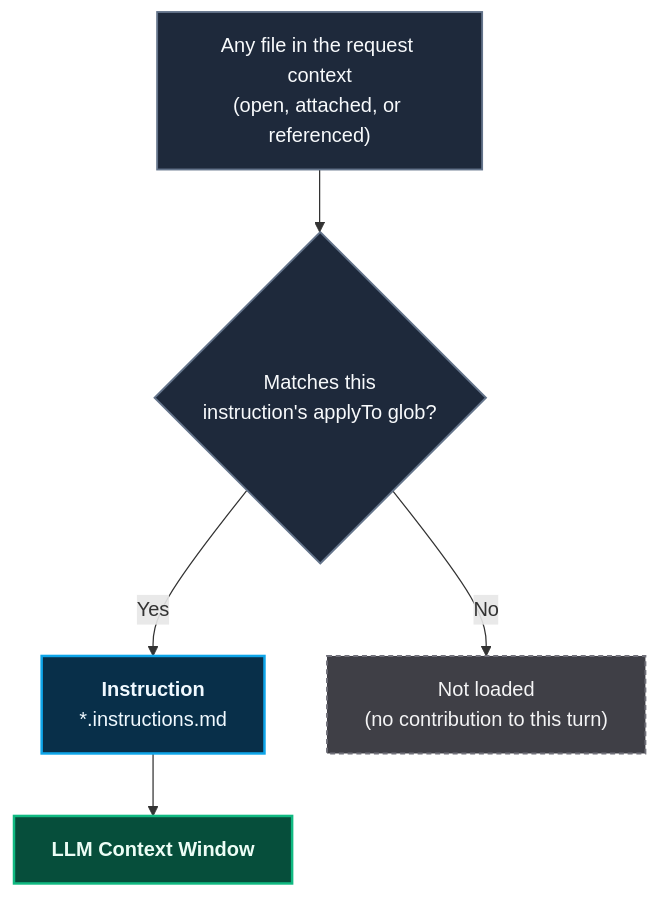
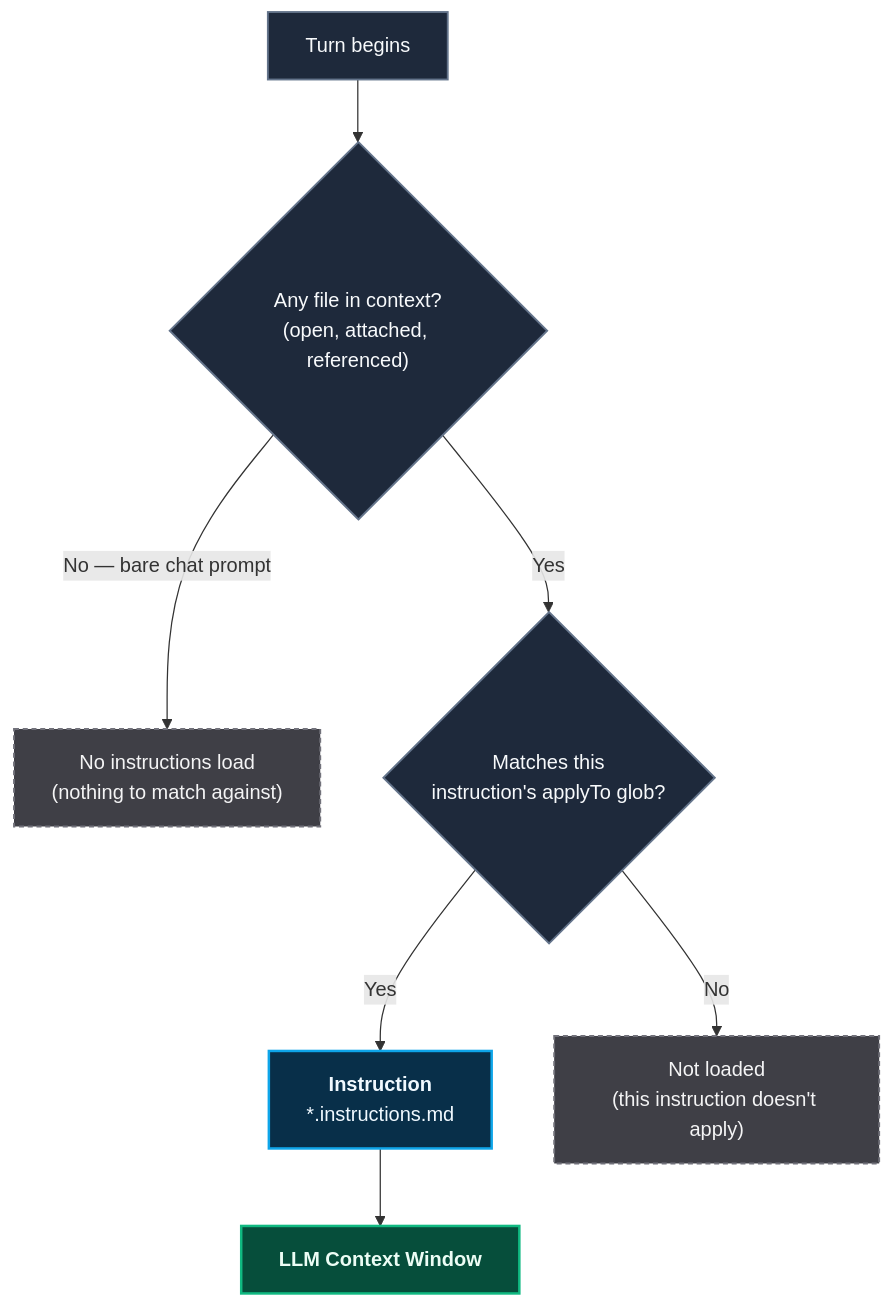
One commit to ALTEN-group/coding-pal changed the first of 4 diagrams in website/docs/guide/persistent-context.md. Above: the diagram before and after it, drawn with Mermaid. The commit also changed other lines of this file, not shown here.

Commit message:
fix: clarify instruction loading conditions and update flowchart for accuracy

````diff
--- a/website/docs/guide/persistent-context.md
+++ b/website/docs/guide/persistent-context.md
@@ -16,20 +16,22 @@
 ```mermaid
 ---
 caption: Instructions are checked on every turn; activation is conditional per instruction
 ---
 flowchart TD
-    F["Any file in the request context<br/>(open, attached, or referenced)"] --> G{"Matches this<br/>instruction's applyTo glob?"}
+    START["Turn begins"] --> HASFILE{"Any file in context?<br/>(open, attached, referenced)"}
+    HASFILE -->|"No — bare chat prompt"| NONE["No instructions load<br/>(nothing to match against)"]
+    HASFILE -->|"Yes"| G{"Matches this<br/>instruction's applyTo glob?"}
     G -->|"Yes"| I["<b>Instruction</b><br/>*.instructions.md"]
-    G -->|"No"| X["Not loaded<br/>(no contribution to this turn)"]
+    G -->|"No"| X["Not loaded<br/>(this instruction doesn't apply)"]
     I --> CTX["<b>LLM Context Window</b>"]
 
     classDef instruction fill:#082f49,stroke:#0ea5e9,stroke-width:2px,color:#f0f9ff;
     classDef execution fill:#064e3b,stroke:#10b981,stroke-width:2px,color:#ecfdf5;
     classDef event fill:#1e293b,stroke:#64748b,stroke-width:1.5px,color:#f8fafc;
     classDef skip fill:#3f3f46,stroke:#71717a,stroke-width:1.5px,color:#f4f4f5,stroke-dasharray: 4 3;
 
     class I instruction;
     class CTX execution;
-    class F,G event;
-    class X skip;
+    class START,HASFILE,G event;
+    class X,NONE skip;
 ```
````
